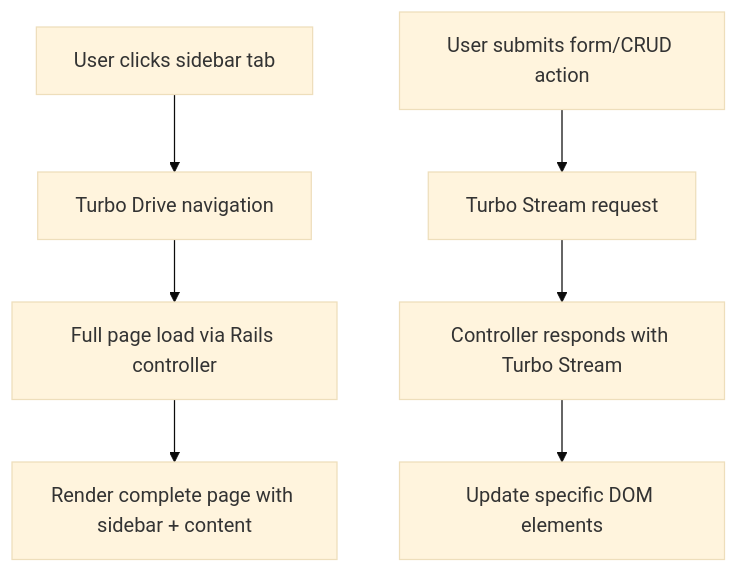
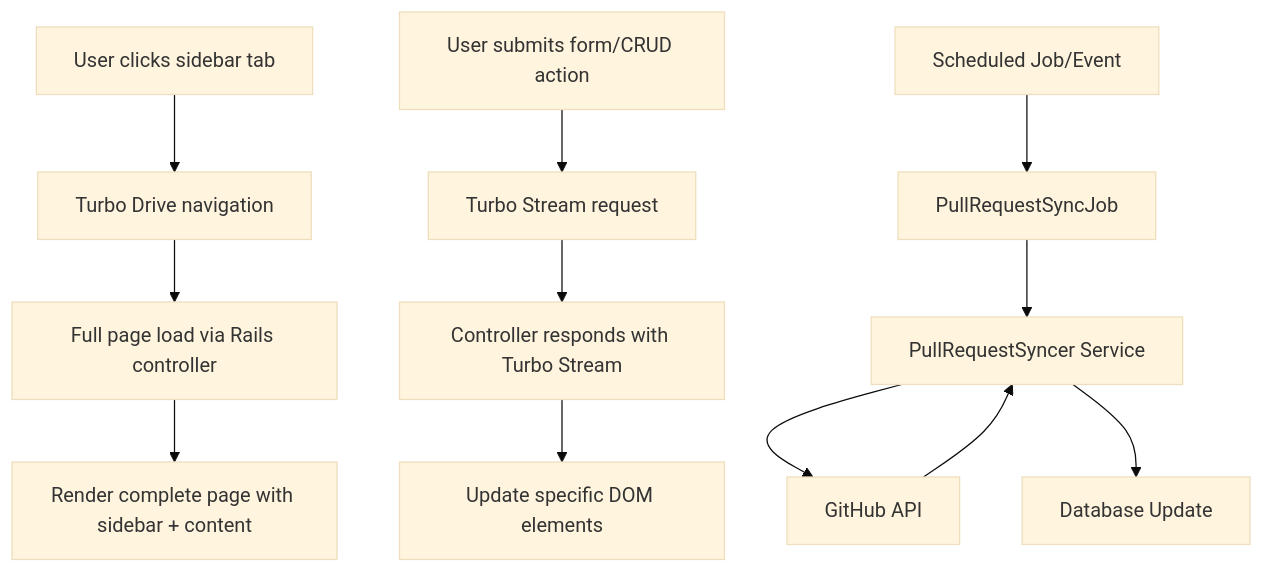
The diagram in memory-bank/systemPatterns.md (klauern/pr-pal), drawn with Mermaid (base theme) before and after one commit. The commit also changed other lines of this file and 13 other files, not shown here.

First line of the commit message:
feat: add GitHub API methods to fetch PRs with CI and review status (#40)

````diff
--- a/memory-bank/systemPatterns.md
+++ b/memory-bank/systemPatterns.md
@@ -7,10 +7,16 @@
 ```mermaid
 graph TD
     A[User clicks sidebar tab] --> B[Turbo Drive navigation]
     B --> C[Full page load via Rails controller]
     C --> D[Render complete page with sidebar + content]
 
     E[User submits form/CRUD action] --> F[Turbo Stream request]
     F --> G[Controller responds with Turbo Stream]
     G --> H[Update specific DOM elements]
+
+    I[Scheduled Job/Event] --> J[PullRequestSyncJob]
+    J --> K[PullRequestSyncer Service]
+    K --> L[GitHub API]
+    L --> K
+    K --> M[Database Update]
 ```
````
